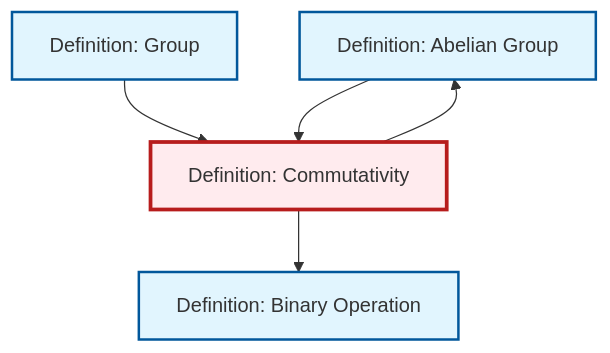
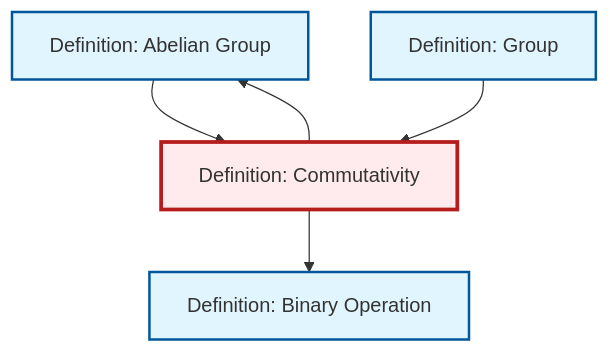
The diagram in content/en/algebra/def-commutativity.qmd (RK0429/ModernMath), drawn with Mermaid before and after one commit. The commit also changed other lines of this file and 497 other files, not shown here.

````diff
--- a/content/en/algebra/def-commutativity.qmd
+++ b/content/en/algebra/def-commutativity.qmd
@@ -93,21 +93,21 @@
 ```{mermaid}
 %%| fig-cap: "Local dependency graph"
 graph TD
     classDef definition fill:#e1f5fe,stroke:#01579b,stroke-width:2px
     classDef theorem fill:#f3e5f5,stroke:#4a148c,stroke-width:2px
     classDef axiom fill:#fff3e0,stroke:#e65100,stroke-width:2px
     classDef example fill:#e8f5e9,stroke:#1b5e20,stroke-width:2px
     classDef current fill:#ffebee,stroke:#b71c1c,stroke-width:3px
+    def-binary-operation["Definition: Binary Operation"]:::definition
     def-abelian-group["Definition: Abelian Group"]:::definition
+    def-group["Definition: Group"]:::definition
     def-commutativity["Definition: Commutativity"]:::definition
-    def-binary-operation["Definition: Binary Operation"]:::definition
-    def-group["Definition: Group"]:::definition
+    def-abelian-group --> def-commutativity
+    def-commutativity --> def-abelian-group
+    def-group --> def-commutativity
     def-commutativity --> def-binary-operation
-    def-group --> def-commutativity
-    def-commutativity --> def-abelian-group
-    def-abelian-group --> def-commutativity
     class def-commutativity current
+    click def-binary-operation "def-binary-operation.html" "Go to Binary Operation definition"
     click def-abelian-group "def-abelian-group.html" "Go to Abelian Group definition"
-    click def-binary-operation "def-binary-operation.html" "Go to Binary Operation definition"
     click def-group "def-group.html" "Go to Group definition"
 ```
````
